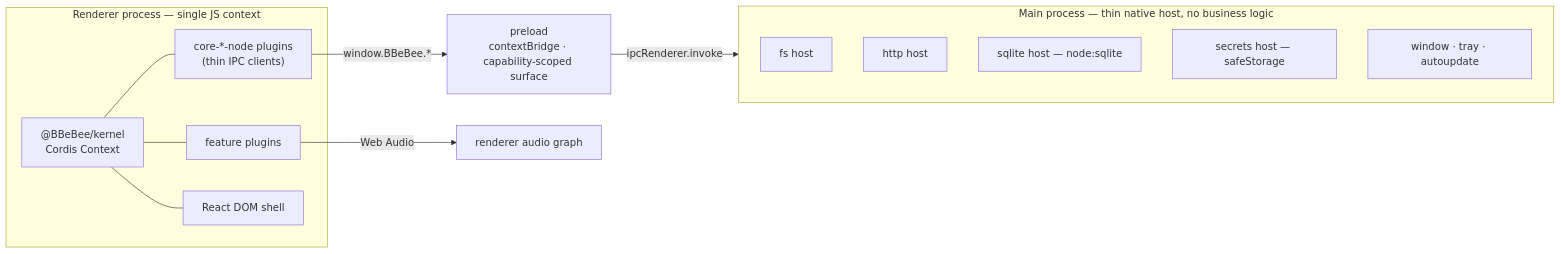
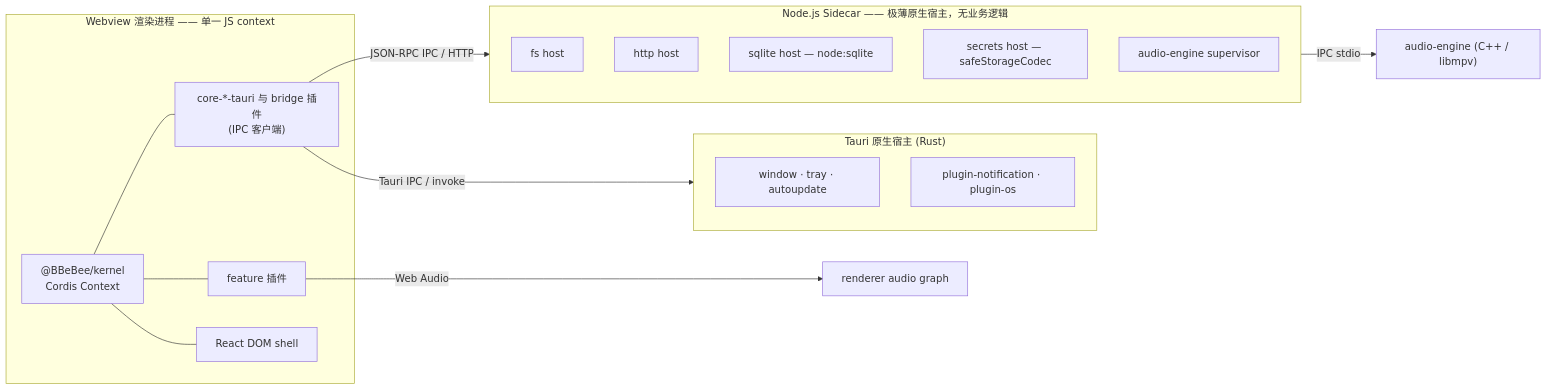
The third of 4 diagrams in docs-zh/architecture/layers.md (BBeBeeX/BBeBee), drawn with Mermaid before and after one commit. The commit also changed other lines of this file and 38 other files, not shown here.

````diff
--- a/docs-zh/architecture/layers.md
+++ b/docs-zh/architecture/layers.md
@@ -221,23 +221,27 @@
 ```mermaid
 flowchart LR
-    subgraph Renderer["Renderer process — single JS context"]
+    subgraph Renderer["Webview 渲染进程 —— 单一 JS context"]
         KD["@BBeBee/kernel<br/>Cordis Context"]
-        CD["core-*-node plugins<br/>(thin IPC clients)"]
-        FD["feature plugins"]
+        CD["core-*-tauri 与 bridge 插件<br/>(IPC 客户端)"]
+        FD["feature 插件"]
         UD["React DOM shell"]
         KD --- CD
         KD --- FD
         KD --- UD
     end
-    PRE["preload<br/>contextBridge · capability-scoped surface"]
-    subgraph Main["Main process — thin native host, no business logic"]
+    subgraph TauriApp["Tauri 原生宿主 (Rust)"]
+        T1["window · tray · autoupdate"]
+        T2["plugin-notification · plugin-os"]
+    end
+    subgraph Sidecar["Node.js Sidecar —— 极薄原生宿主，无业务逻辑"]
         H1["fs host"]
         H2["http host"]
         H3["sqlite host — node:sqlite"]
-        H4["secrets host — safeStorage"]
-        H5["window · tray · autoupdate"]
+        H4["secrets host — safeStorageCodec"]
+        H5["audio-engine supervisor"]
     end
-    CD -->|window.BBeBee.*| PRE
-    PRE -->|ipcRenderer.invoke| Main
+    CD -->|Tauri IPC / invoke| TauriApp
+    CD -->|JSON-RPC IPC / HTTP| Sidecar
+    Sidecar -->|IPC stdio| AE["audio-engine (C++ / libmpv)"]
     FD -->|Web Audio| WA["renderer audio graph"]
 ```
````
